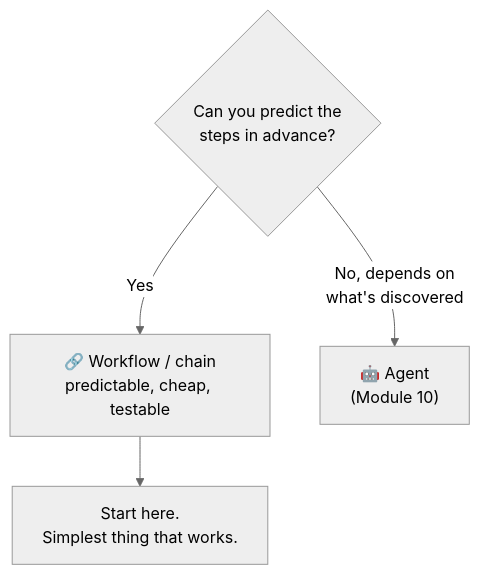
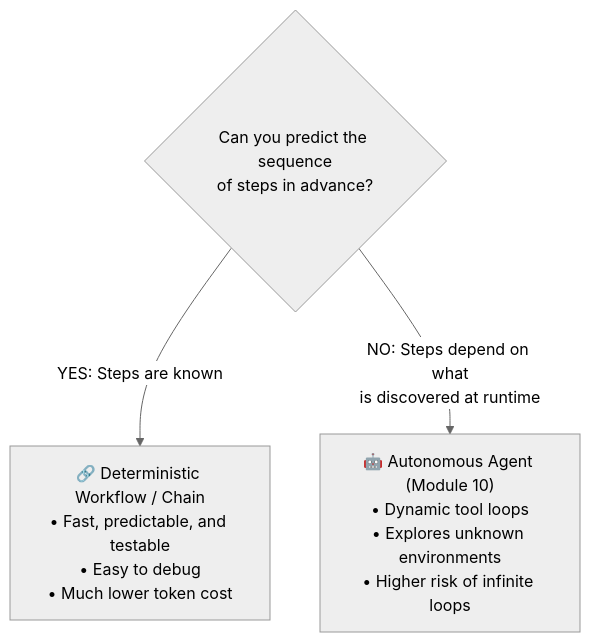
The sixth of 6 diagrams in modules/08-prompt-chaining-workflows.md (ABVicky/Prompt-Engineering-by-Vicky), drawn with Mermaid (neutral theme) before and after one commit. The commit also changed other lines of this file and 19 other files, not shown here.

````diff
--- a/modules/08-prompt-chaining-workflows.md
+++ b/modules/08-prompt-chaining-workflows.md
@@ -164,6 +224,5 @@
 ```mermaid
 flowchart TD
-    Q{"Can you predict the<br/>steps in advance?"} -->|Yes| W["🔗 Workflow / chain<br/>predictable, cheap, testable"]
-    Q -->|No, depends on<br/>what's discovered| A["🤖 Agent<br/>(Module 10)"]
-    W --> S["Start here.<br/>Simplest thing that works."]
+    Q{"Can you predict the sequence<br/>of steps in advance?"} -->|YES: Steps are known| W["🔗 Deterministic Workflow / Chain<br/>• Fast, predictable, and testable<br/>• Easy to debug<br/>• Much lower token cost"]
+    Q -->|NO: Steps depend on what<br/>is discovered at runtime| A["🤖 Autonomous Agent (Module 10)<br/>• Dynamic tool loops<br/>• Explores unknown environments<br/>• Higher risk of infinite loops"]
 ```
````
